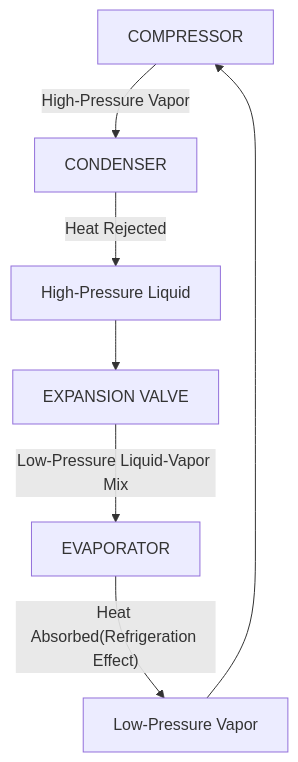
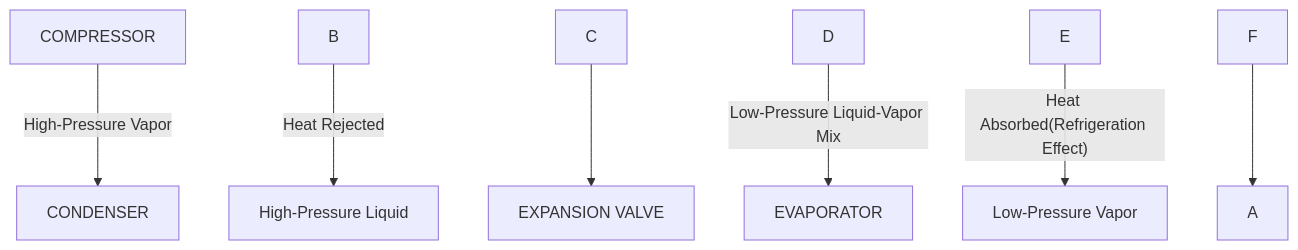
Before and after one commit to hasibulhasan1542/Obsidian: the first of 2 diagrams in Mechanical/44 BCS.md, drawn with Mermaid. The commit also changed other lines of this file and 6 other files, not shown here.

````diff
--- a/Mechanical/44 BCS.md
+++ b/Mechanical/44 BCS.md
@@ -152,9 +152,9 @@
 ```mermaid
 flowchart TD
-    A[COMPRESSOR] -->|High-Pressure Vapor| B[CONDENSER]
-    B -->|Heat Rejected| C[High-Pressure Liquid]
-    C --> D[EXPANSION VALVE]
-    D -->|Low-Pressure Liquid-Vapor Mix| E[EVAPORATOR]
-    E -->|"Heat Absorbed(Refrigeration Effect)"| F[Low-Pressure Vapor]
+    A\[COMPRESSOR] -->|High-Pressure Vapor| B\[CONDENSER]
+    B -->|Heat Rejected| C\[High-Pressure Liquid]
+    C --> D\[EXPANSION VALVE]
+    D -->|Low-Pressure Liquid-Vapor Mix| E\[EVAPORATOR]
+    E -->|"Heat Absorbed(Refrigeration Effect)"| F\[Low-Pressure Vapor]
     F --> A
 ```
````
